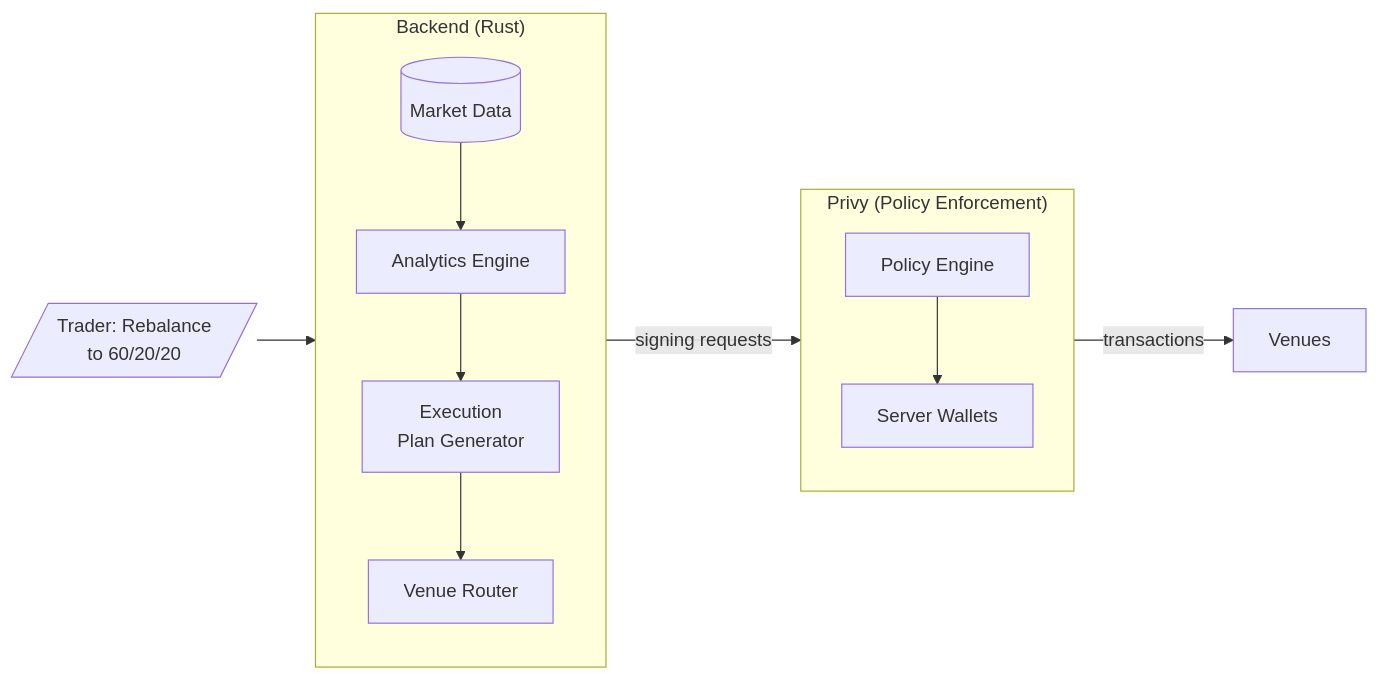
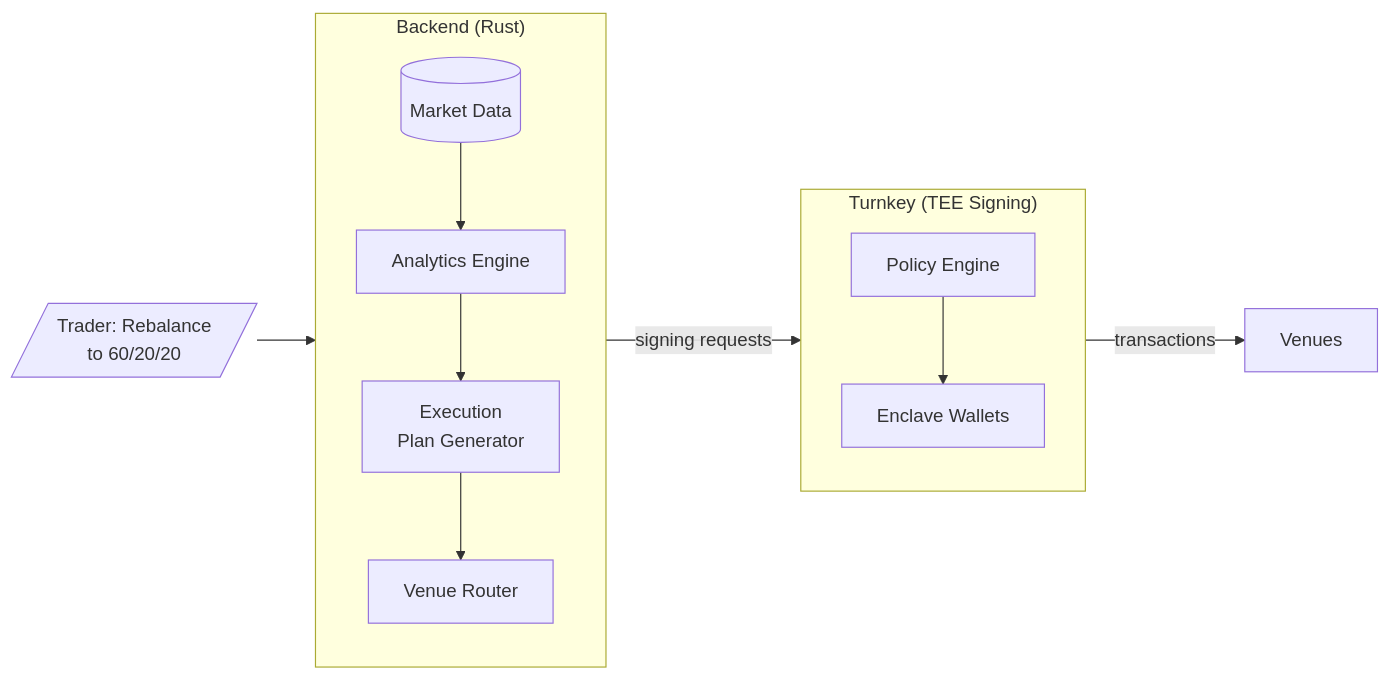
Before and after one commit to dataclique/moneymentum: the first of 2 diagrams in SPEC.md, drawn with Mermaid. The commit also changed other lines of this file and 5 other files, not shown here.

Commit message:
docs: update project docs for current architecture

````diff
--- a/SPEC.md
+++ b/SPEC.md
@@ -78,26 +81,26 @@
 ```mermaid
 flowchart LR
     T[/"Trader: Rebalance<br/>to 60/20/20"/]
 
     subgraph Backend["Backend (Rust)"]
         direction TB
         DATA[(Market Data)]
         ANAL[Analytics Engine]
         PLAN[Execution<br/>Plan Generator]
         ROUTE[Venue Router]
         DATA --> ANAL --> PLAN --> ROUTE
     end
 
-    subgraph Privy["Privy (Policy Enforcement)"]
+    subgraph Turnkey["Turnkey (TEE Signing)"]
         direction TB
         POL[Policy Engine]
-        WALLET[Server Wallets]
+        WALLET[Enclave Wallets]
         POL --> WALLET
     end
 
     V[Venues]
 
     T --> PLAN
     ROUTE -->|signing requests| POL
     WALLET -->|transactions| V
 ```
````
